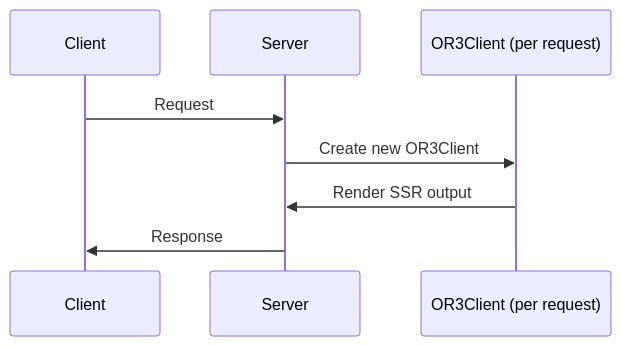
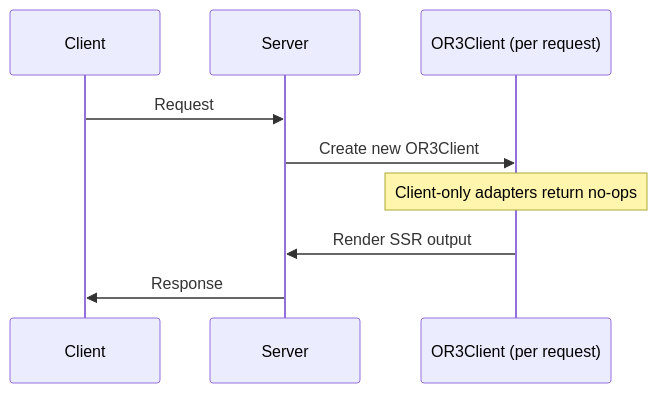
One commit to Saluana/or3-chat changed the second of 3 diagrams in planning/unified-registry/architecture.md. Above: the diagram before and after it, drawn with Mermaid. The commit also changed other lines of this file and 4 other files, not shown here.

````diff
--- a/planning/unified-registry/architecture.md
+++ b/planning/unified-registry/architecture.md
@@ -46,10 +88,11 @@
 ```mermaid
 sequenceDiagram
   participant Client
   participant Server
   participant OR3Server as OR3Client (per request)
   Client->>Server: Request
   Server->>OR3Server: Create new OR3Client
+  Note over OR3Server: Client-only adapters return no-ops
   OR3Server->>Server: Render SSR output
   Server->>Client: Response
 ```
````
